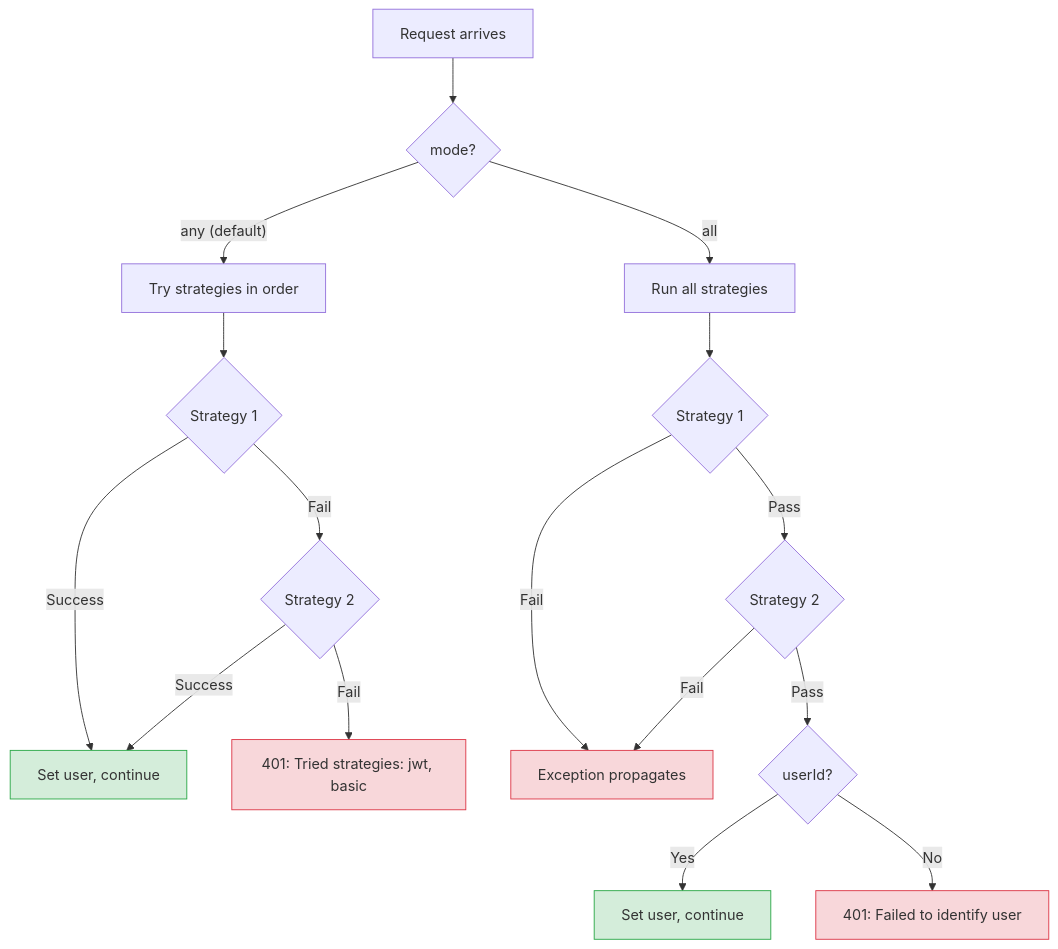
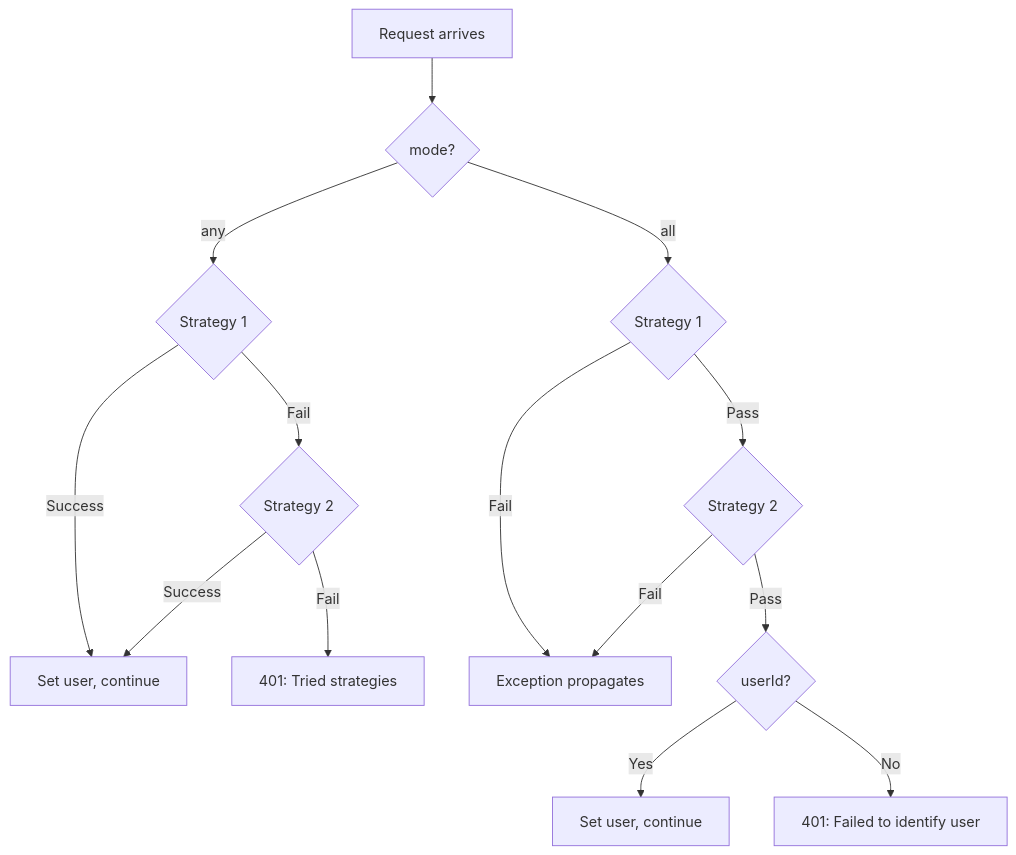
The third of 3 diagrams in docs/wiki/content/extensions/components/authentication/usage.md (VENIZIA-AI/ignis), drawn with Mermaid before and after one commit. The commit also changed other lines of this file and 233 other files, not shown here.

````diff
--- a/docs/wiki/content/extensions/components/authentication/usage.md
+++ b/docs/wiki/content/extensions/components/authentication/usage.md
@@ -653,26 +263,16 @@
 ```mermaid
 flowchart TD
     REQ["Request arrives"] --> MODE{"mode?"}
-
-    MODE -->|"any (default)"| ANY["Try strategies in order"]
-    ANY --> S1{"Strategy 1"}
+    MODE -->|"any"| S1{"Strategy 1"}
     S1 -->|"Success"| WIN["Set user, continue"]
     S1 -->|"Fail"| S2{"Strategy 2"}
     S2 -->|"Success"| WIN
-    S2 -->|"Fail"| FAIL_ANY["401: Tried strategies: jwt, basic"]
-
-    MODE -->|"all"| ALL["Run all strategies"]
-    ALL --> A1{"Strategy 1"}
+    S2 -->|"Fail"| FAIL_ANY["401: Tried strategies"]
+    MODE -->|"all"| A1{"Strategy 1"}
     A1 -->|"Fail"| FAIL_ALL["Exception propagates"]
     A1 -->|"Pass"| A2{"Strategy 2"}
     A2 -->|"Fail"| FAIL_ALL
     A2 -->|"Pass"| CHECK{"userId?"}
     CHECK -->|"Yes"| WIN2["Set user, continue"]
     CHECK -->|"No"| FAIL_ID["401: Failed to identify user"]
-
-    style WIN fill:#d4edda,stroke:#28a745
-    style WIN2 fill:#d4edda,stroke:#28a745
-    style FAIL_ANY fill:#f8d7da,stroke:#dc3545
-    style FAIL_ALL fill:#f8d7da,stroke:#dc3545
-    style FAIL_ID fill:#f8d7da,stroke:#dc3545
 ```
````
